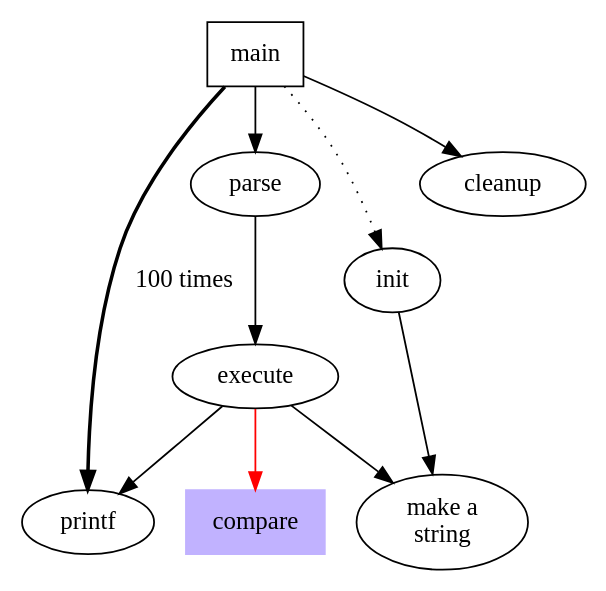
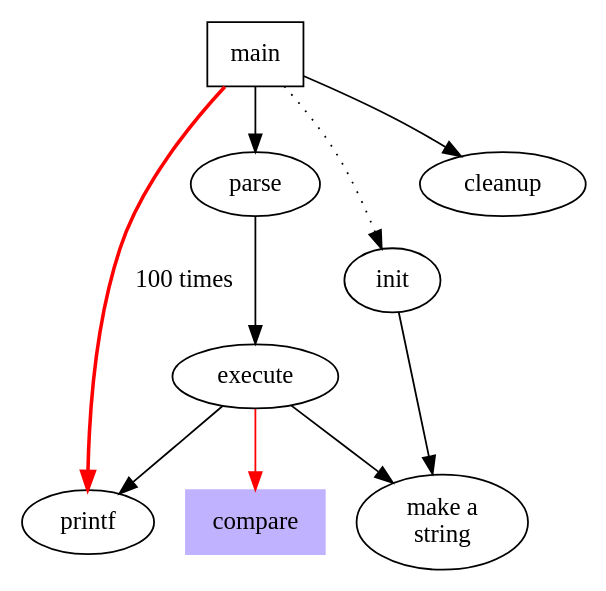
The diagram in doc/dotguide/graph2.dot (ellson/MOTHBALLED-graphviz), drawn with Graphviz before and after one commit. The commit also changed 1 other file, not shown here.

```diff
--- a/doc/dotguide/graph2.dot
+++ b/doc/dotguide/graph2.dot
@@ -1,15 +1,16 @@
 digraph G {
 	size ="4,4";
 	main [shape=box];   /* this is a comment */
 	main -> parse [weight = 8];
 	parse -> execute;
 	main -> init [style=dotted];
 	main -> cleanup;
 	execute -> {make_string printf}
 	init -> make_string;
+	edge [color=red];	// so is this
 	main -> printf [style=bold,label="100 times"];
 	make_string [label="make a\nstring"];
 	node [shape=box,style=filled,color=".7 .3 1.0"];
 	edge [color=red];
 	execute -> compare;
 }
```
